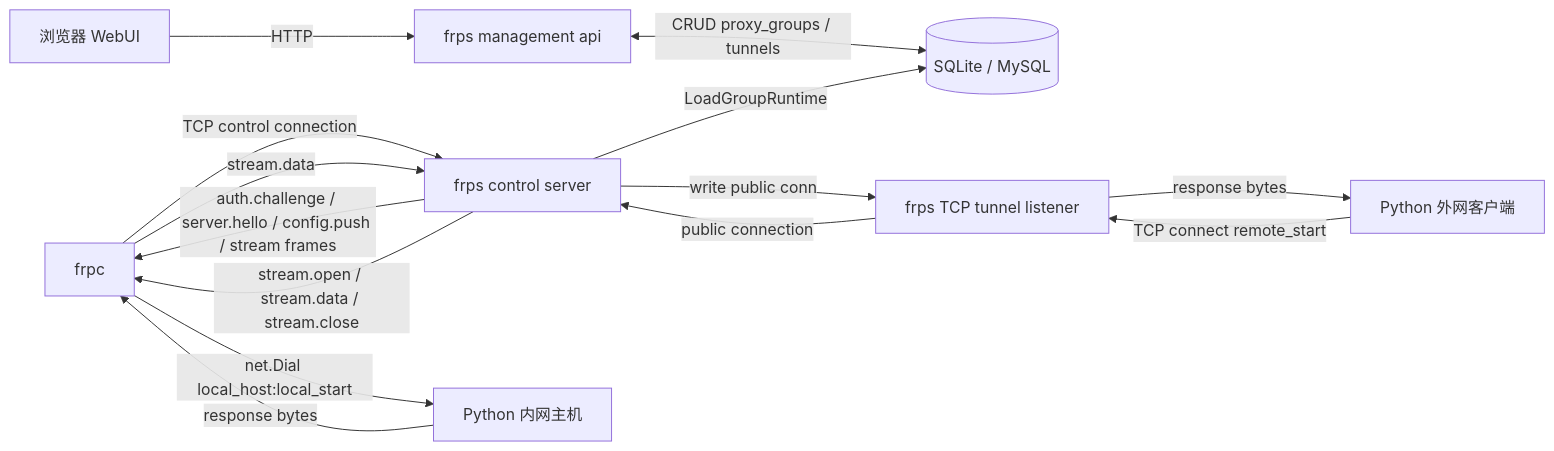
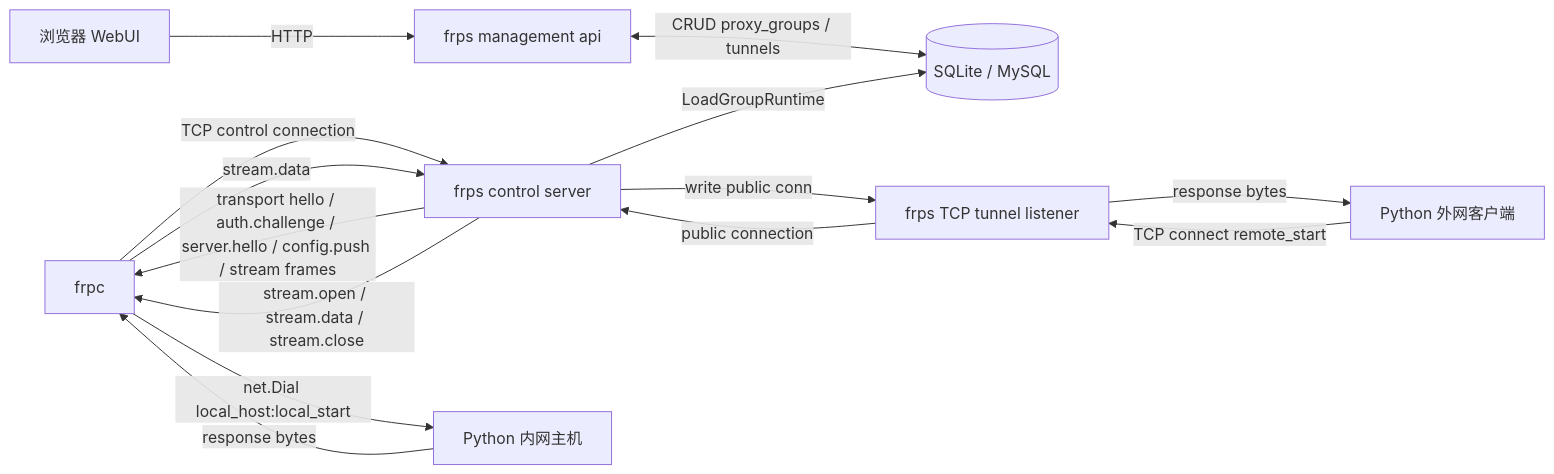
Before and after one commit to Zightch/frp: the first of 6 diagrams in docs/frps-frpc-current-architecture.md, drawn with Mermaid. The commit also changed other lines of this file and 16 other files, not shown here.

Commit message:
docs: sync control architecture and regression entries

````diff
--- a/docs/frps-frpc-current-architecture.md
+++ b/docs/frps-frpc-current-architecture.md
@@ -13,19 +13,19 @@
 ```mermaid
 flowchart LR
     Web[浏览器 WebUI] -->|HTTP| API[frps management api]
     API <-->|CRUD proxy_groups / tunnels| DB[(SQLite / MySQL)]
 
     Frpc[frpc] -->|TCP control connection| Control[frps control server]
     Control -->|LoadGroupRuntime| DB
-    Control -->|auth.challenge / server.hello / config.push / stream frames| Frpc
+    Control -->|transport hello / auth.challenge / server.hello / config.push / stream frames| Frpc
 
     External[Python 外网客户端] -->|TCP connect remote_start| Public[frps TCP tunnel listener]
     Public -->|public connection| Control
     Control -->|stream.open / stream.data / stream.close| Frpc
     Frpc -->|net.Dial local_host:local_start| Internal[Python 内网主机]
 
     Internal -->|response bytes| Frpc
     Frpc -->|stream.data| Control
     Control -->|write public conn| Public
     Public -->|response bytes| External
 ```
````
